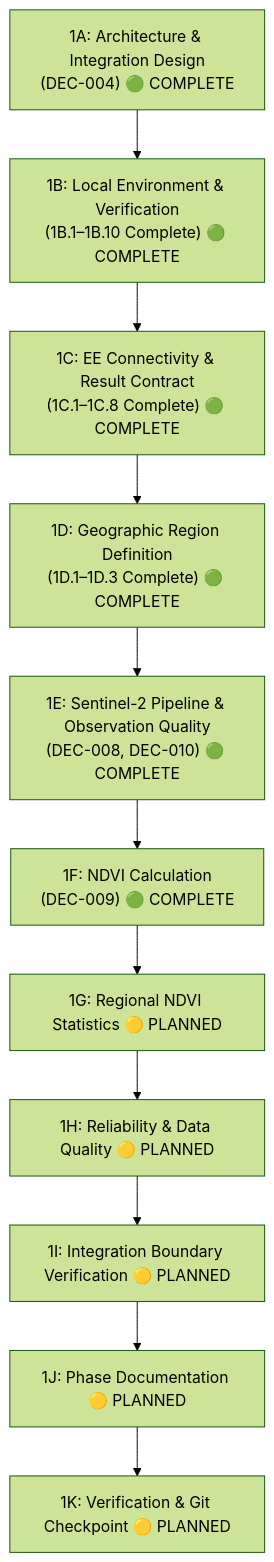
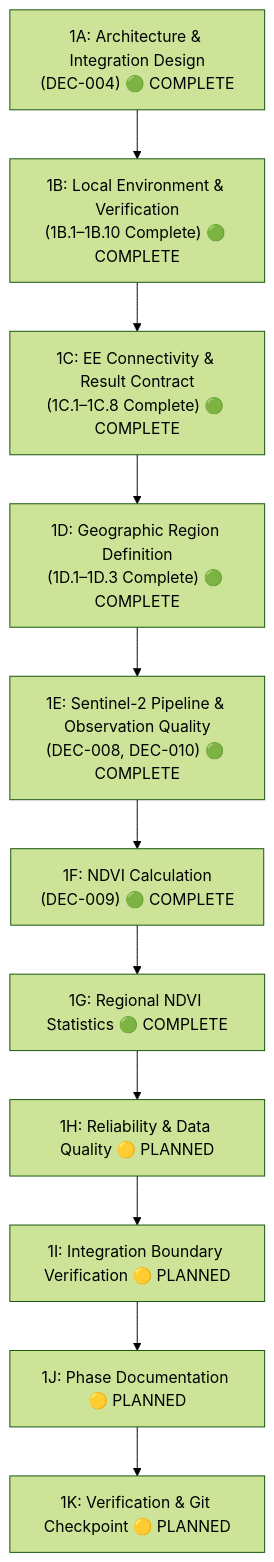
Before and after one commit to Kushagra-Dixit-0906/bharatsahayak-v2: the diagram in docs/phases/PHASE_01_EARTH_ENGINE_FOUNDATION.md, drawn with Mermaid (forest theme). The commit also changed other lines of this file and 6 other files, not shown here.

Commit message:
build: complete Phase 1G regional NDVI statistics

````diff
--- a/docs/phases/PHASE_01_EARTH_ENGINE_FOUNDATION.md
+++ b/docs/phases/PHASE_01_EARTH_ENGINE_FOUNDATION.md
@@ -91,13 +98,13 @@
 ```mermaid
 graph TD
     S1A["1A: Architecture & Integration Design\n(DEC-004) 🟢 COMPLETE"] --> S1B["1B: Local Environment & Verification\n(1B.1–1B.10 Complete) 🟢 COMPLETE"]
     S1B --> S1C["1C: EE Connectivity & Result Contract\n(1C.1–1C.8 Complete) 🟢 COMPLETE"]
     S1C --> S1D["1D: Geographic Region Definition\n(1D.1–1D.3 Complete) 🟢 COMPLETE"]
     S1D --> S1E["1E: Sentinel-2 Pipeline & Observation Quality\n(DEC-008, DEC-010) 🟢 COMPLETE"]
     S1E --> S1F["1F: NDVI Calculation\n(DEC-009) 🟢 COMPLETE"]
-    S1F --> S1G["1G: Regional NDVI Statistics 🟡 PLANNED"]
+    S1F --> S1G["1G: Regional NDVI Statistics 🟢 COMPLETE"]
     S1G --> S1H["1H: Reliability & Data Quality 🟡 PLANNED"]
     S1H --> S1I["1I: Integration Boundary Verification 🟡 PLANNED"]
     S1I --> S1J["1J: Phase Documentation 🟡 PLANNED"]
     S1J --> S1K["1K: Verification & Git Checkpoint 🟡 PLANNED"]
 ```
````
